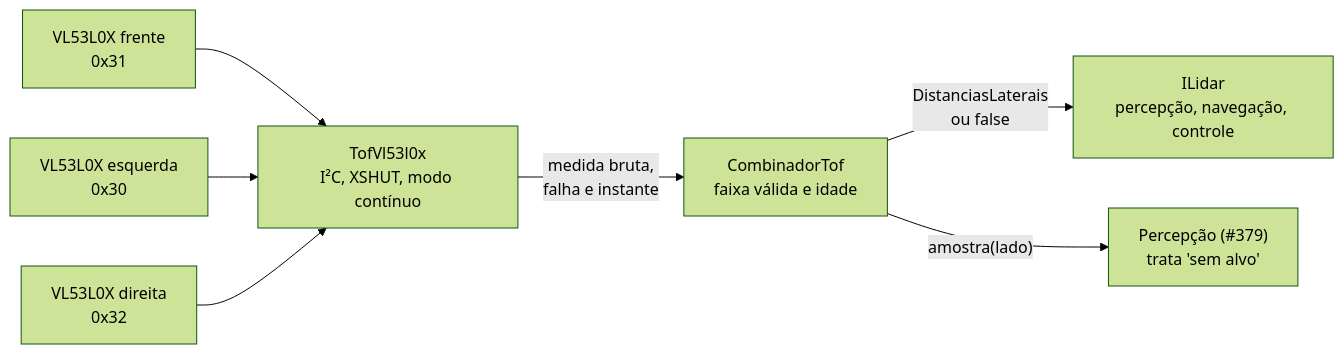
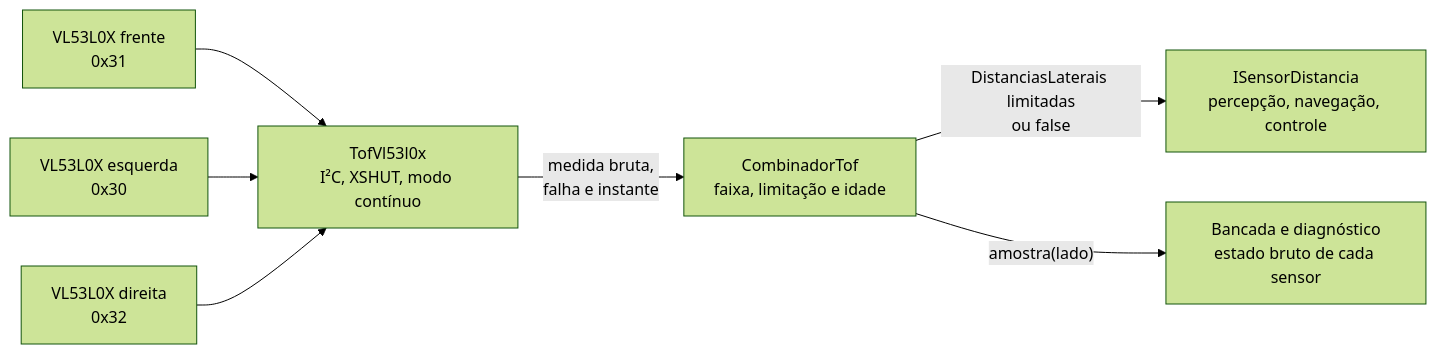
Before and after one commit to claudiohsc/2026_2_PI1_Grupo01_Hilmer-1: the fourth of 9 diagrams in docs/04-projeto-conceitual/firmware.md, drawn with Mermaid (forest theme). The commit also changed other lines of this file and 1 other file, not shown here.

````diff
--- a/docs/04-projeto-conceitual/firmware.md
+++ b/docs/04-projeto-conceitual/firmware.md
@@ -239,9 +246,9 @@
 ```mermaid
 flowchart LR
     s1["VL53L0X frente<br/>0x31"] --> drv
     s2["VL53L0X esquerda<br/>0x30"] --> drv
     s3["VL53L0X direita<br/>0x32"] --> drv
-    drv["TofVl53l0x<br/>I²C, XSHUT, modo contínuo"] -- "medida bruta,<br/>falha e instante" --> comb["CombinadorTof<br/>faixa válida e idade"]
-    comb -- "DistanciasLaterais<br/>ou false" --> ilidar["ILidar<br/>percepção, navegação, controle"]
-    comb -- "amostra(lado)" --> perc["Percepção (#379)<br/>trata 'sem alvo'"]
+    drv["TofVl53l0x<br/>I²C, XSHUT, modo contínuo"] -- "medida bruta,<br/>falha e instante" --> comb["CombinadorTof<br/>faixa, limitação e idade"]
+    comb -- "DistanciasLaterais limitadas<br/>ou false" --> interface["ISensorDistancia<br/>percepção, navegação, controle"]
+    comb -- "amostra(lado)" --> diag["Bancada e diagnóstico<br/>estado bruto de cada sensor"]
 ```
````
